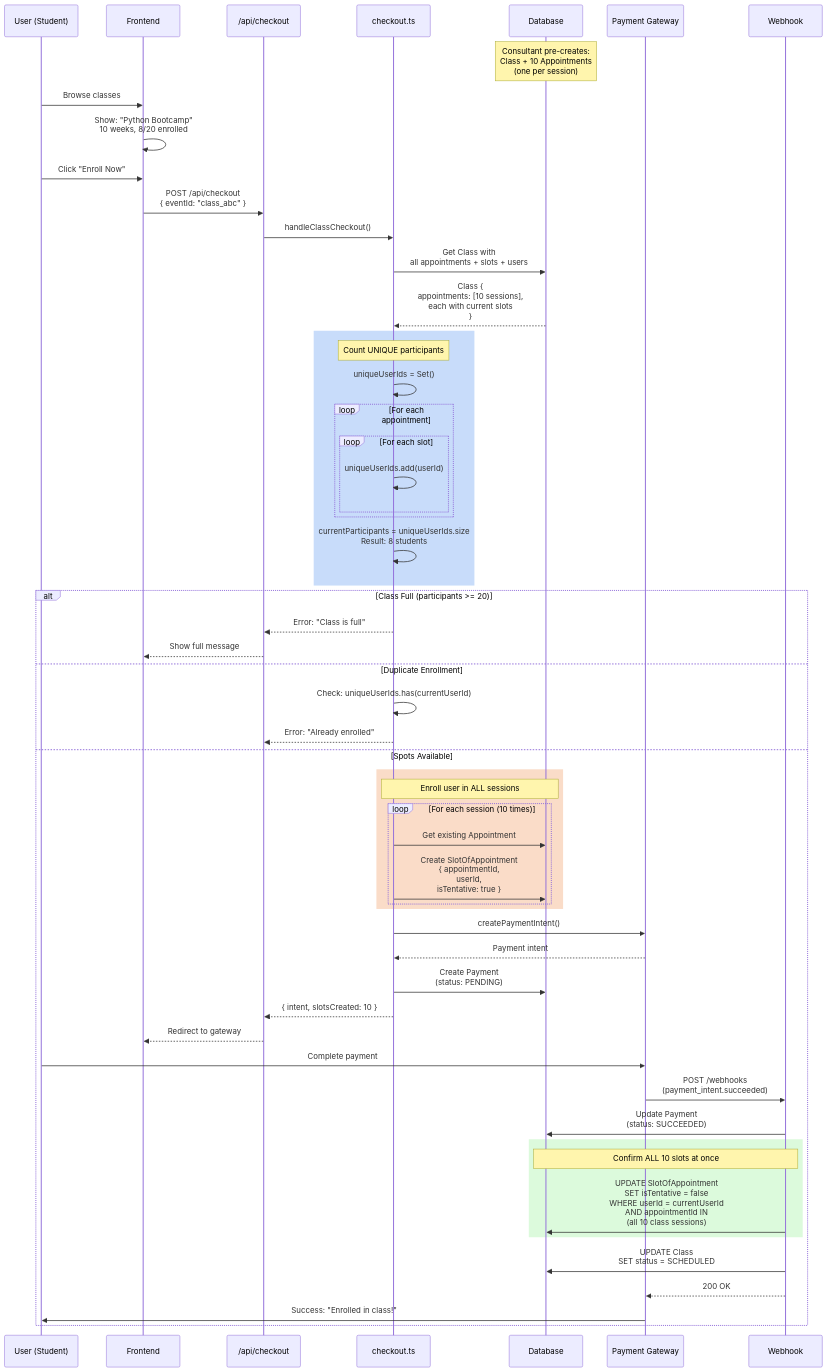
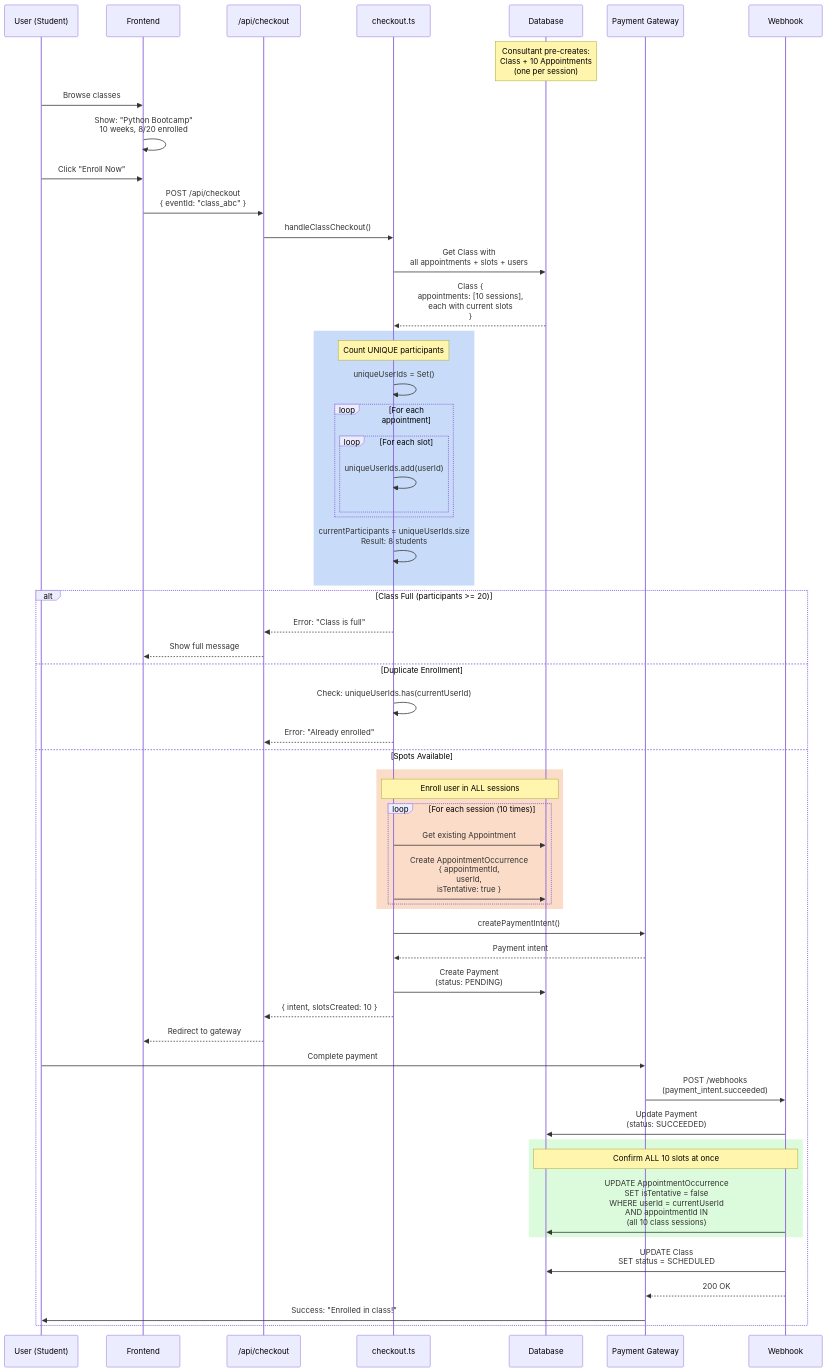
Before and after one commit to Practitionist/familiarise_web: the second of 2 diagrams in docs/payments/checkout-flow/02-webinar-and-class.md, drawn with Mermaid. The commit also changed other lines of this file and 107 other files, not shown here.

Commit message:
docs(vocabulary): the scheduling glossary, booking, feedback, support, stream and review docs speak AppointmentOccurrence, Meeting and Trial (#1554)

````diff
--- a/docs/payments/checkout-flow/02-webinar-and-class.md
+++ b/docs/payments/checkout-flow/02-webinar-and-class.md
@@ -775,68 +775,68 @@
 ```mermaid
 sequenceDiagram
     participant U as User (Student)
     participant FE as Frontend
     participant API as /api/checkout
     participant CO as checkout.ts
     participant DB as Database
     participant PG as Payment Gateway
     participant WH as Webhook
 
     Note over DB: Consultant pre-creates:<br/>Class + 10 Appointments<br/>(one per session)
 
     U->>FE: Browse classes
     FE->>FE: Show: "Python Bootcamp"<br/>10 weeks, 8/20 enrolled
     U->>FE: Click "Enroll Now"
     FE->>API: POST /api/checkout<br/>{ eventId: "class_abc" }
 
     API->>CO: handleClassCheckout()
     CO->>DB: Get Class with<br/>all appointments + slots + users
     DB-->>CO: Class {<br/>  appointments: [10 sessions],<br/>  each with current slots<br/>}
 
     rect rgb(200, 220, 250)
         Note over CO: Count UNIQUE participants
         CO->>CO: uniqueUserIds = Set()
         loop For each appointment
             loop For each slot
                 CO->>CO: uniqueUserIds.add(userId)
             end
         end
         CO->>CO: currentParticipants = uniqueUserIds.size<br/>Result: 8 students
     end
 
     alt Class Full (participants >= 20)
         CO-->>API: Error: "Class is full"
         API-->>FE: Show full message
     else Duplicate Enrollment
         CO->>CO: Check: uniqueUserIds.has(currentUserId)
         CO-->>API: Error: "Already enrolled"
     else Spots Available
         rect rgb(250, 220, 200)
             Note over CO,DB: Enroll user in ALL sessions
             loop For each session (10 times)
                 CO->>DB: Get existing Appointment
-                CO->>DB: Create SlotOfAppointment<br/>{ appointmentId,<br/>  userId,<br/>  isTentative: true }
+                CO->>DB: Create AppointmentOccurrence<br/>{ appointmentId,<br/>  userId,<br/>  isTentative: true }
             end
         end
 
         CO->>PG: createPaymentIntent()
         PG-->>CO: Payment intent
         CO->>DB: Create Payment<br/>(status: PENDING)
         CO-->>API: { intent, slotsCreated: 10 }
         API-->>FE: Redirect to gateway
 
         U->>PG: Complete payment
 
         PG->>WH: POST /webhooks<br/>(payment_intent.succeeded)
         WH->>DB: Update Payment<br/>(status: SUCCEEDED)
 
         rect rgb(220, 250, 220)
             Note over WH,DB: Confirm ALL 10 slots at once
-            WH->>DB: UPDATE SlotOfAppointment<br/>SET isTentative = false<br/>WHERE userId = currentUserId<br/>AND appointmentId IN<br/>  (all 10 class sessions)
+            WH->>DB: UPDATE AppointmentOccurrence<br/>SET isTentative = false<br/>WHERE userId = currentUserId<br/>AND appointmentId IN<br/>  (all 10 class sessions)
         end
 
         WH->>DB: UPDATE Class<br/>SET status = SCHEDULED
         WH-->>PG: 200 OK
         PG->>U: Success: "Enrolled in class!"
     end
 ```
````
